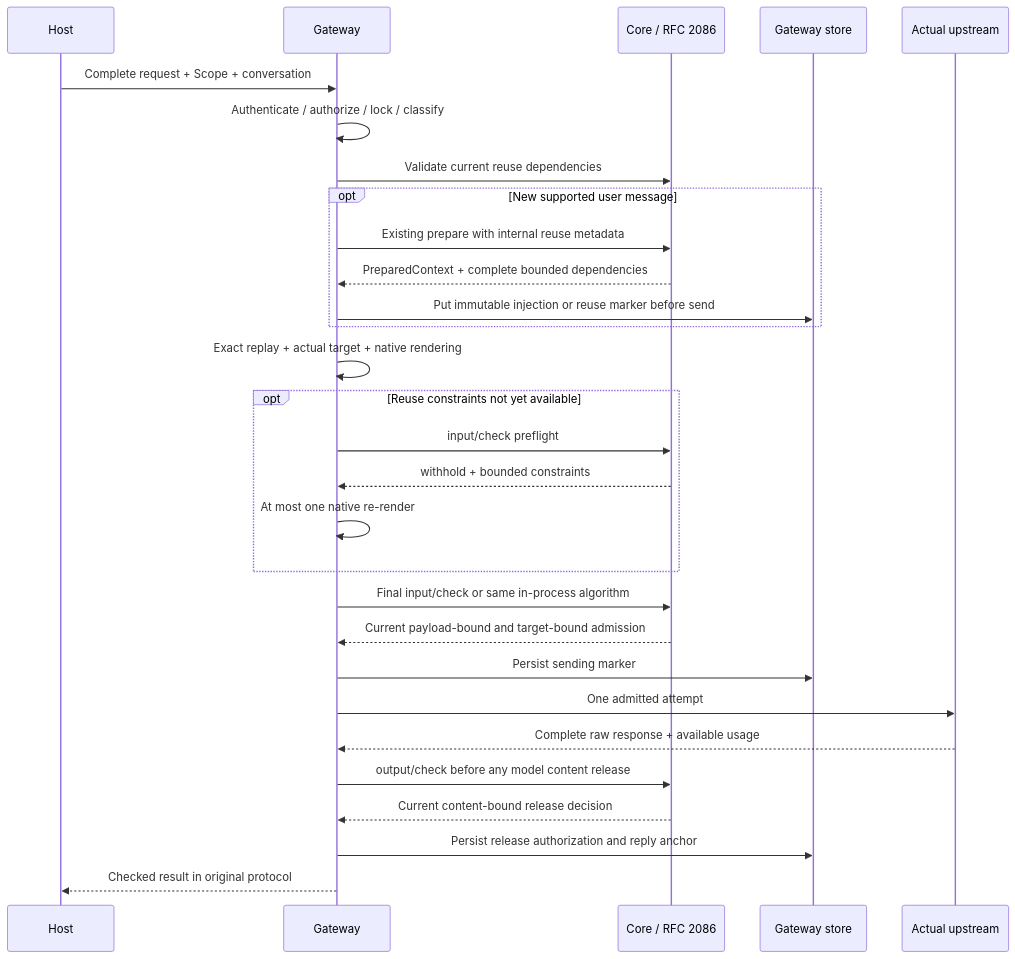
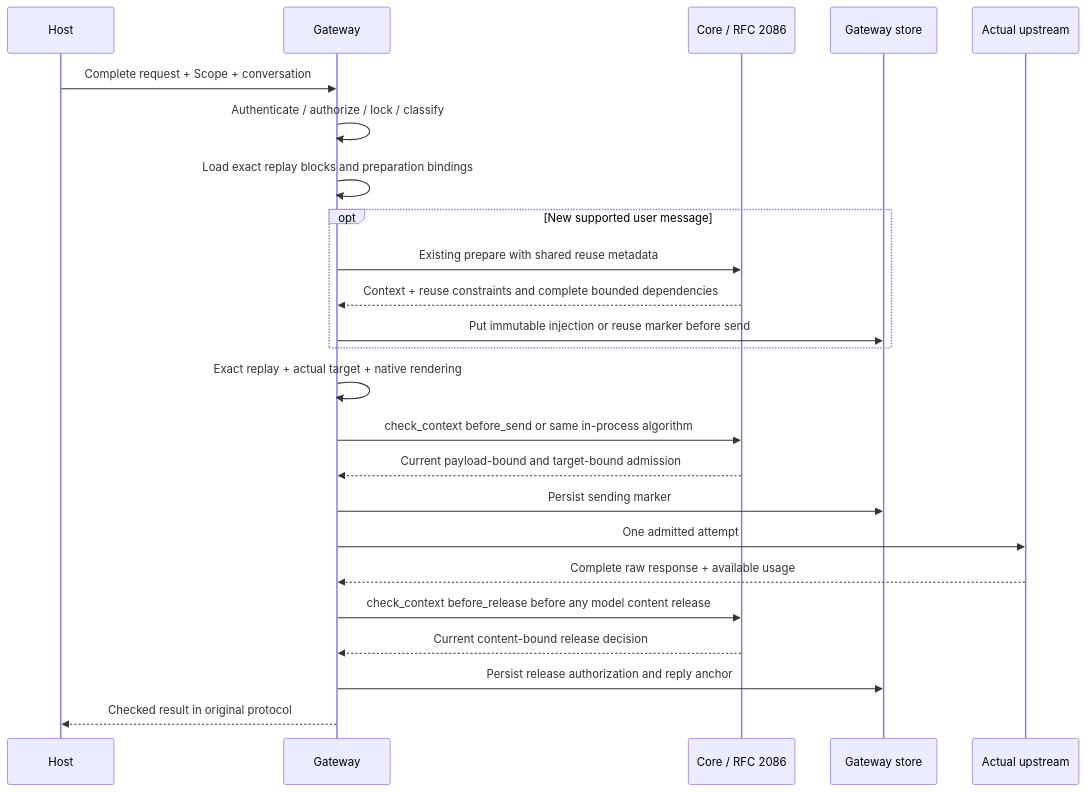
The second of 3 diagrams in docs/en/rfcs/2199-powercontext-gateway.md (2397819368a-oss/powercontext-2026), drawn with Mermaid before and after one commit. The commit also changed other lines of this file and 1 other file, not shown here.

Commit message:
docs(rfc): align gateway with phased context checks

````diff
--- a/docs/en/rfcs/2199-powercontext-gateway.md
+++ b/docs/en/rfcs/2199-powercontext-gateway.md
@@ -472,31 +478,26 @@
 ```mermaid
 sequenceDiagram
     participant H as Host
     participant G as Gateway
     participant C as Core / RFC 2086
     participant S as Gateway store
     participant U as Actual upstream
     H->>G: Complete request + Scope + conversation
     G->>G: Authenticate / authorize / lock / classify
-    G->>C: Validate current reuse dependencies
+    G->>G: Load exact replay blocks and preparation bindings
     opt New supported user message
-        G->>C: Existing prepare with internal reuse metadata
-        C-->>G: PreparedContext + complete bounded dependencies
+        G->>C: Existing prepare with shared reuse metadata
+        C-->>G: Context + reuse constraints and complete bounded dependencies
         G->>S: Put immutable injection or reuse marker before send
     end
     G->>G: Exact replay + actual target + native rendering
-    opt Reuse constraints not yet available
-        G->>C: input/check preflight
-        C-->>G: withhold + bounded constraints
-        G->>G: At most one native re-render
-    end
-    G->>C: Final input/check or same in-process algorithm
+    G->>C: check_context before_send or same in-process algorithm
     C-->>G: Current payload-bound and target-bound admission
     G->>S: Persist sending marker
     G->>U: One admitted attempt
     U-->>G: Complete raw response + available usage
-    G->>C: output/check before any model content release
+    G->>C: check_context before_release before any model content release
     C-->>G: Current content-bound release decision
     G->>S: Persist release authorization and reply anchor
     G-->>H: Checked result in original protocol
 ```
````
